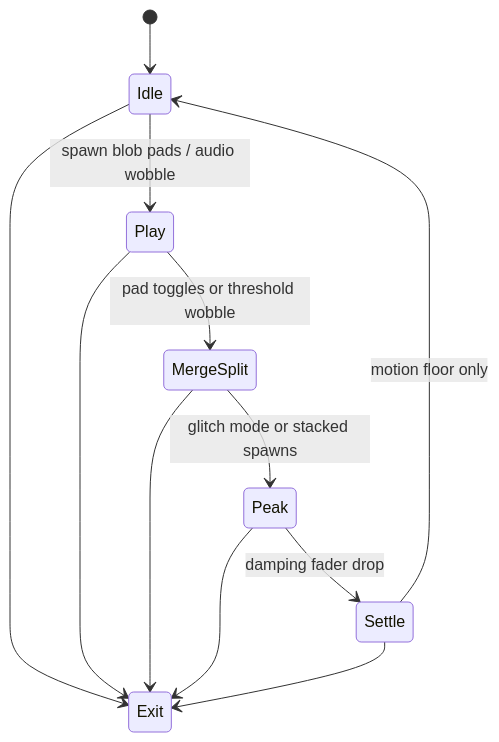
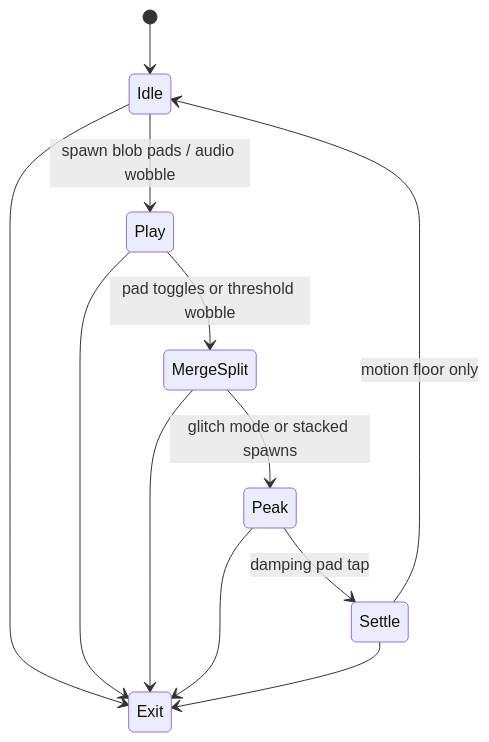
Before and after one commit to abossard/synesthesia-visuals: the second of 15 diagrams in docs/processing-syphon-idea-board.md, drawn with Mermaid. The commit also changed other lines of this file and 1 other file, not shown here.

````diff
--- a/docs/processing-syphon-idea-board.md
+++ b/docs/processing-syphon-idea-board.md
@@ -78,14 +80,14 @@
   ```mermaid
   stateDiagram-v2
     [*] --> Idle
     Idle --> Play : spawn blob pads / audio wobble
     Play --> MergeSplit : pad toggles or threshold wobble
     MergeSplit --> Peak : glitch mode or stacked spawns
-    Peak --> Settle : damping fader drop
+    Peak --> Settle : damping pad tap
     Settle --> Idle : motion floor only
     Idle --> Exit
     Play --> Exit
     MergeSplit --> Exit
     Peak --> Exit
     Settle --> Exit
   ```
````
